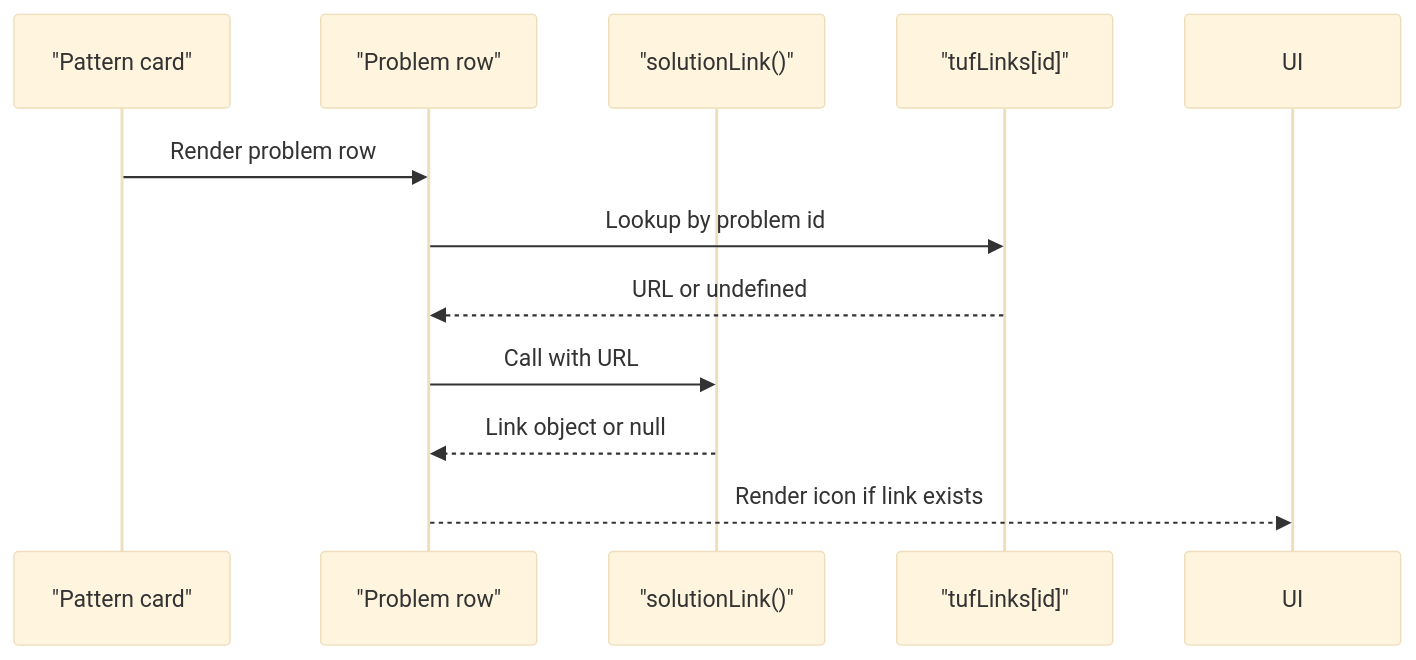
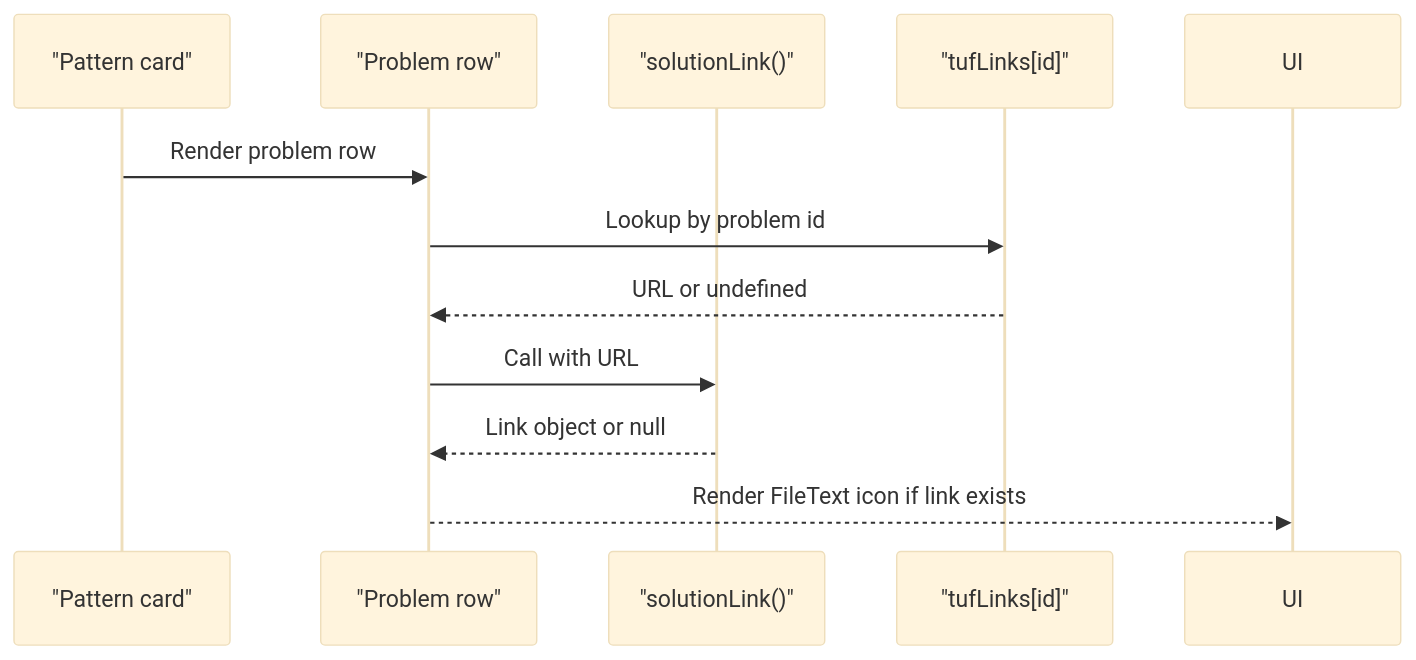
Before and after one commit to iamrituraj/DSA-Tracker: the seventh of 10 diagrams in .qoder/repowiki/en/content/Frontend Application/Patterns Component.md, drawn with Mermaid (base theme). The commit also changed other lines of this file and 21 other files, not shown here.

````diff
--- a/.qoder/repowiki/en/content/Frontend Application/Patterns Component.md
+++ b/.qoder/repowiki/en/content/Frontend Application/Patterns Component.md
@@ -222,13 +222,13 @@
 ```mermaid
 sequenceDiagram
 participant Card as "Pattern card"
 participant Row as "Problem row"
 participant H as "solutionLink()"
 participant L as "tufLinks[id]"
 Card->>Row : Render problem row
 Row->>L : Lookup by problem id
 L-->>Row : URL or undefined
 Row->>H : Call with URL
 H-->>Row : Link object or null
-Row-->>UI : Render icon if link exists
+Row-->>UI : Render FileText icon if link exists
 ```
````
